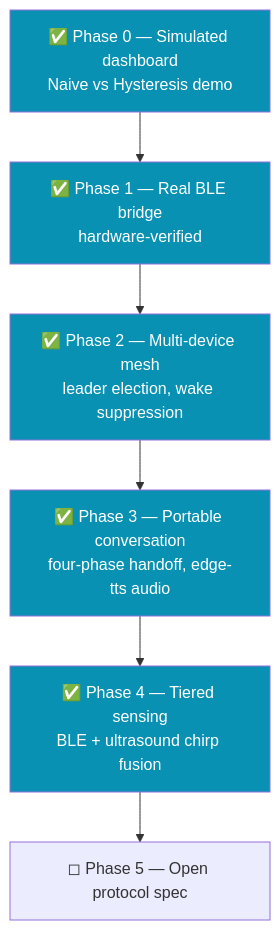
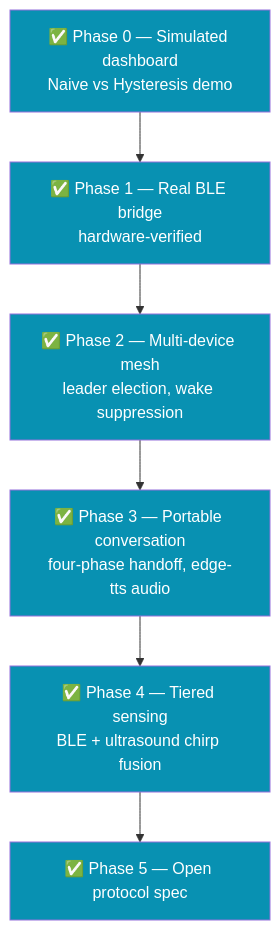
Before and after one commit to HailLucifer666/Aether-BLE: the fourth of 4 diagrams in README.md, drawn with Mermaid. The commit also changed other lines of this file and 3 other files, not shown here.

First line of the commit message:
Add Phase 5 protocol spec, close out roadmap; add combined launcher

````diff
--- a/README.md
+++ b/README.md
@@ -205,17 +205,18 @@
 ```mermaid
 flowchart TD
     P0["✅ Phase 0 — Simulated dashboard\nNaive vs Hysteresis demo"]
     P1["✅ Phase 1 — Real BLE bridge\nhardware-verified"]
     P2["✅ Phase 2 — Multi-device mesh\nleader election, wake suppression"]
     P3["✅ Phase 3 — Portable conversation\nfour-phase handoff, edge-tts audio"]
     P4["✅ Phase 4 — Tiered sensing\nBLE + ultrasound chirp fusion"]
-    P5["◻ Phase 5 — Open protocol spec"]
+    P5["✅ Phase 5 — Open protocol spec"]
 
     P0 --> P1 --> P2 --> P3 --> P4 --> P5
 
     style P0 fill:#0891b2,color:#fff
     style P1 fill:#0891b2,color:#fff
     style P2 fill:#0891b2,color:#fff
     style P3 fill:#0891b2,color:#fff
     style P4 fill:#0891b2,color:#fff
+    style P5 fill:#0891b2,color:#fff
 ```
````
